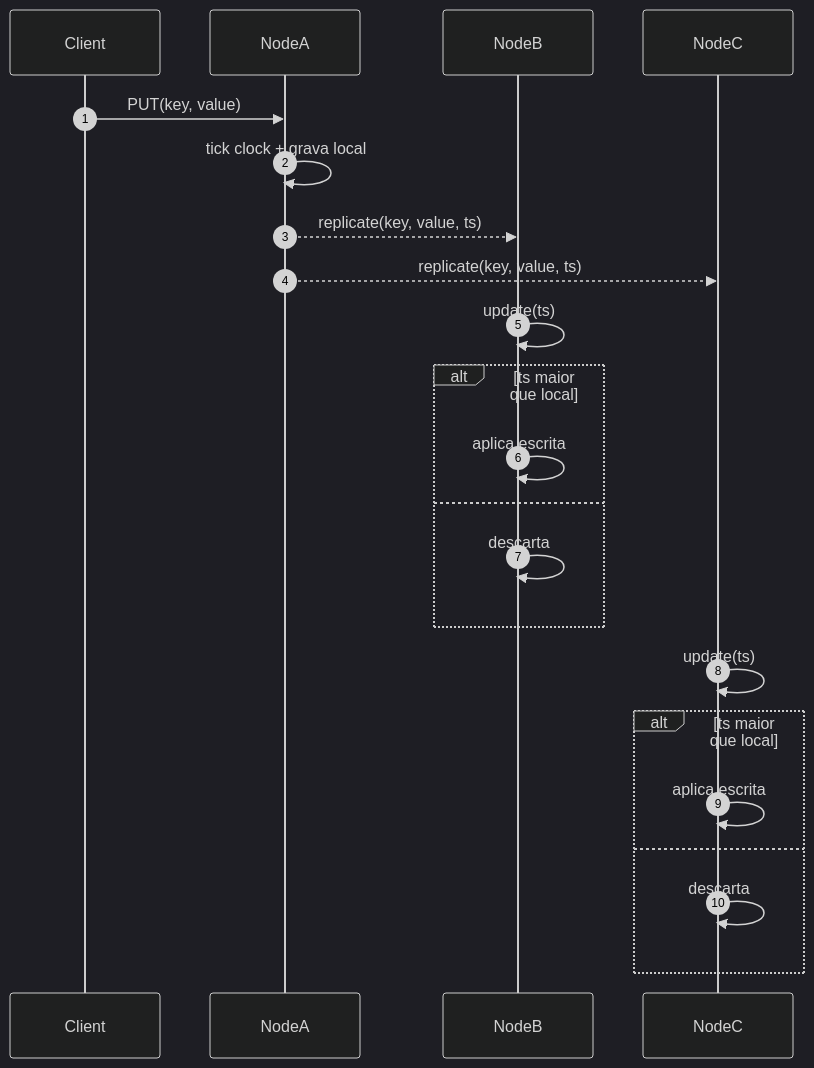
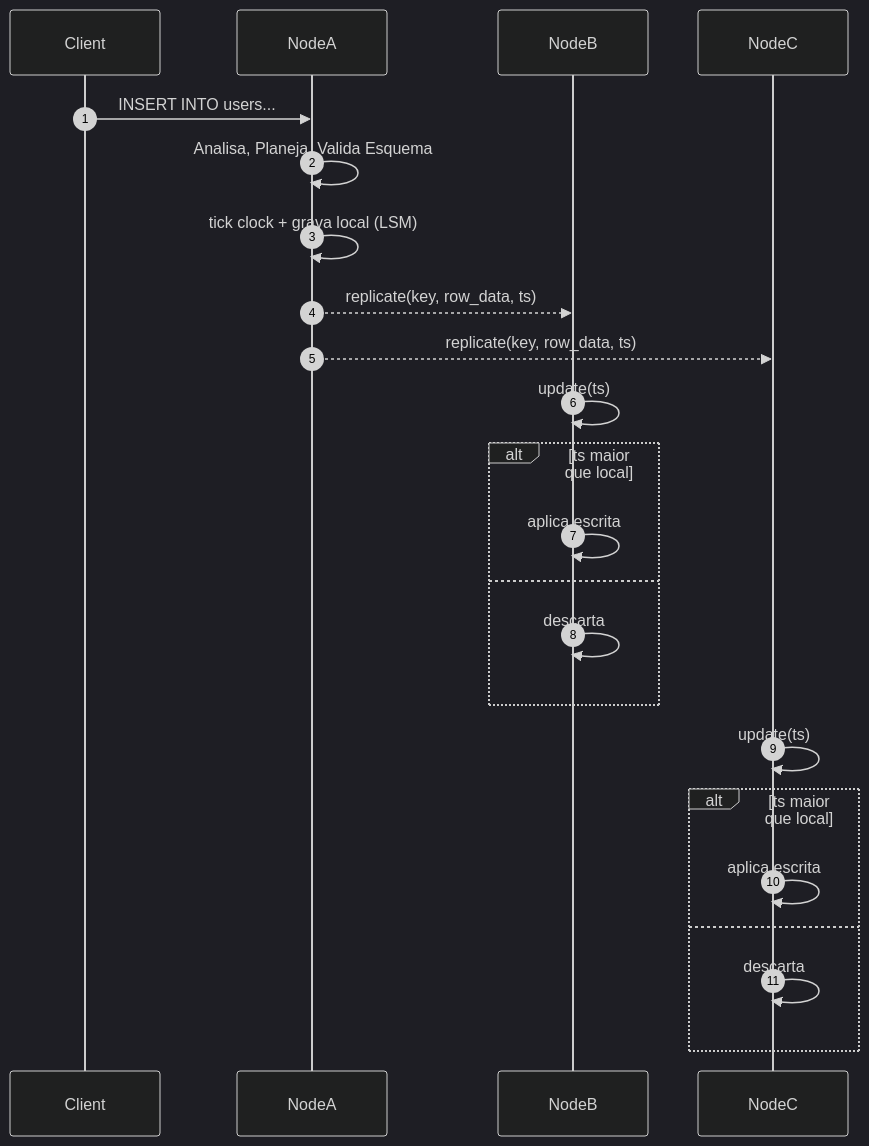
One commit to diegomrodrigues2/relational_distributed_database changed the second of 2 diagrams in README_pt_BR.md. Above: the diagram before and after it, drawn with Mermaid (dark theme). The commit also changed other lines of this file, not shown here.

````diff
--- a/README_pt_BR.md
+++ b/README_pt_BR.md
@@ -37,25 +59,26 @@
 ```mermaid
 sequenceDiagram
     autonumber
     participant Client
     participant NodeA
     participant NodeB
     participant NodeC
 
-    Client->>NodeA: PUT(key, value)
-    NodeA->>NodeA: tick clock + grava local
-    NodeA-->>NodeB: replicate(key, value, ts)
-    NodeA-->>NodeC: replicate(key, value, ts)
+    Client->>NodeA: INSERT INTO users...
+    NodeA->>NodeA: Analisa, Planeja, Valida Esquema
+    NodeA->>NodeA: tick clock + grava local (LSM)
+    NodeA-->>NodeB: replicate(key, row_data, ts)
+    NodeA-->>NodeC: replicate(key, row_data, ts)
     NodeB->>NodeB: update(ts)
     alt ts maior que local
         NodeB->>NodeB: aplica escrita
     else
         NodeB->>NodeB: descarta
     end
     NodeC->>NodeC: update(ts)
     alt ts maior que local
         NodeC->>NodeC: aplica escrita
     else
         NodeC->>NodeC: descarta
     end
 ```
````
